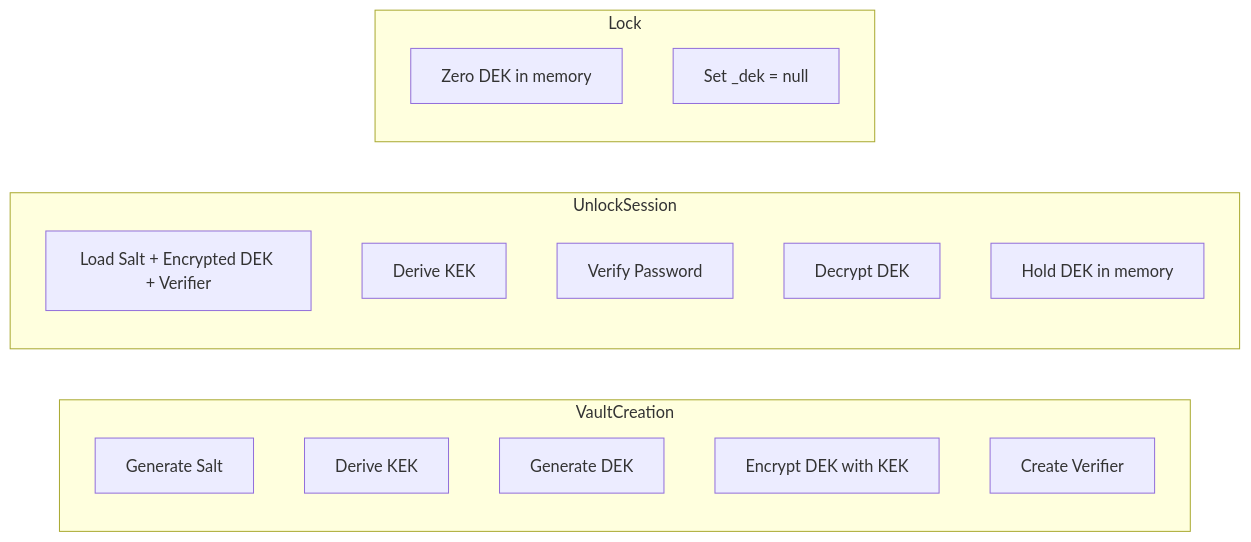
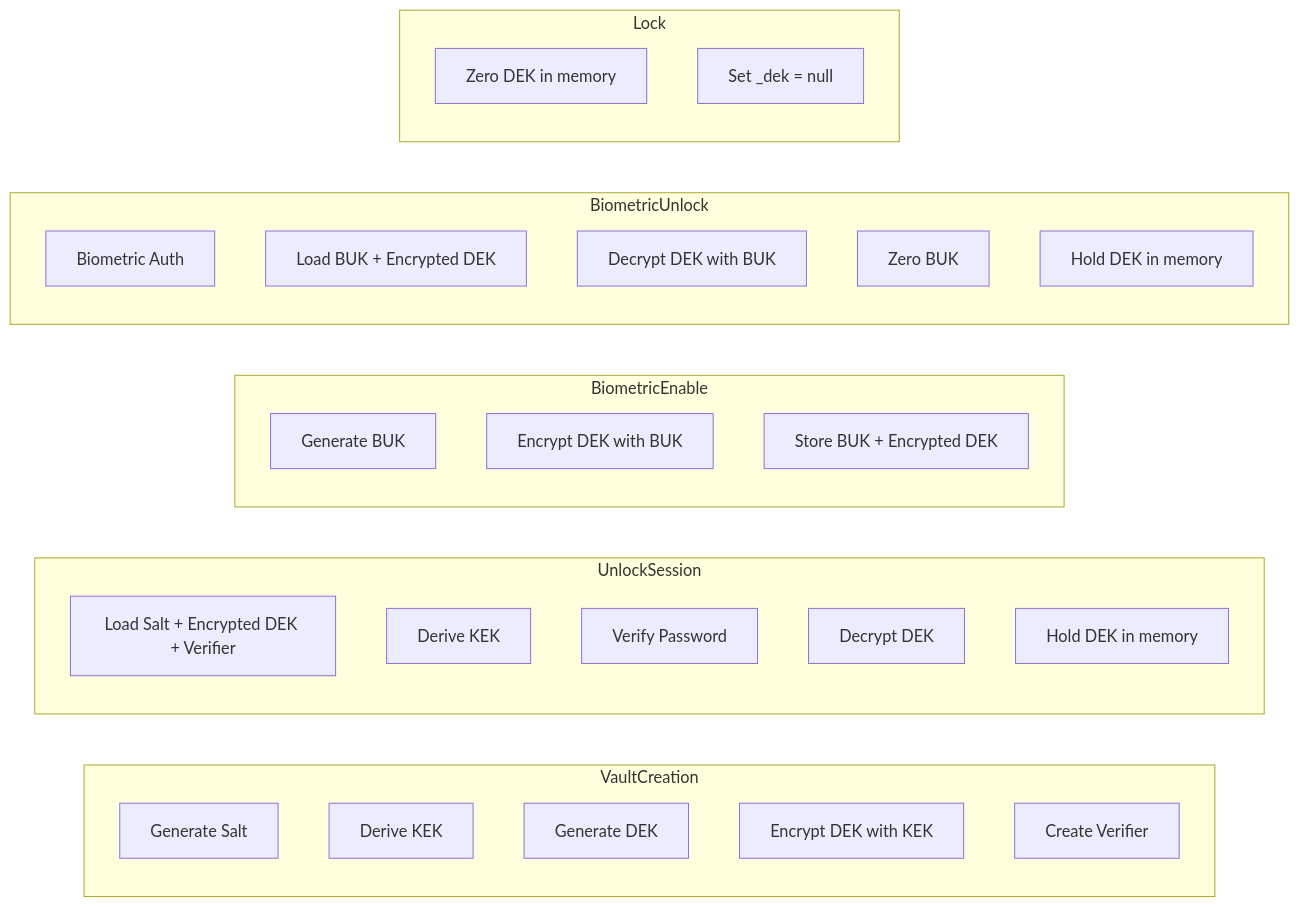
One commit to Mikeruss1418/Trident changed the third of 19 diagrams in DEVELOPER_GUIDE.md. Above: the diagram before and after it, drawn with Mermaid. The commit also changed other lines of this file and 17 other files, not shown here.

Commit message:
implementation of the biometric flow as well, for more details look inside the developer_guide.md

````diff
--- a/DEVELOPER_GUIDE.md
+++ b/DEVELOPER_GUIDE.md
@@ -196,23 +213,37 @@
 ```mermaid
 flowchart LR
     subgraph VaultCreation
         A[Generate Salt]
         B[Derive KEK]
         C[Generate DEK]
         D[Encrypt DEK with KEK]
         E[Create Verifier]
     end
 
     subgraph UnlockSession
         F[Load Salt + Encrypted DEK + Verifier]
         G[Derive KEK]
         H[Verify Password]
         I[Decrypt DEK]
         J[Hold DEK in memory]
     end
 
+    subgraph BiometricEnable
+        K1[Generate BUK]
+        K2[Encrypt DEK with BUK]
+        K3[Store BUK + Encrypted DEK]
+    end
+
+    subgraph BiometricUnlock
+        L1[Biometric Auth]
+        L2[Load BUK + Encrypted DEK]
+        L3[Decrypt DEK with BUK]
+        L4[Zero BUK]
+        L5[Hold DEK in memory]
+    end
+
     subgraph Lock
-        K[Zero DEK in memory]
-        L[Set _dek = null]
+        M[Zero DEK in memory]
+        N[Set _dek = null]
     end
 ```
````
